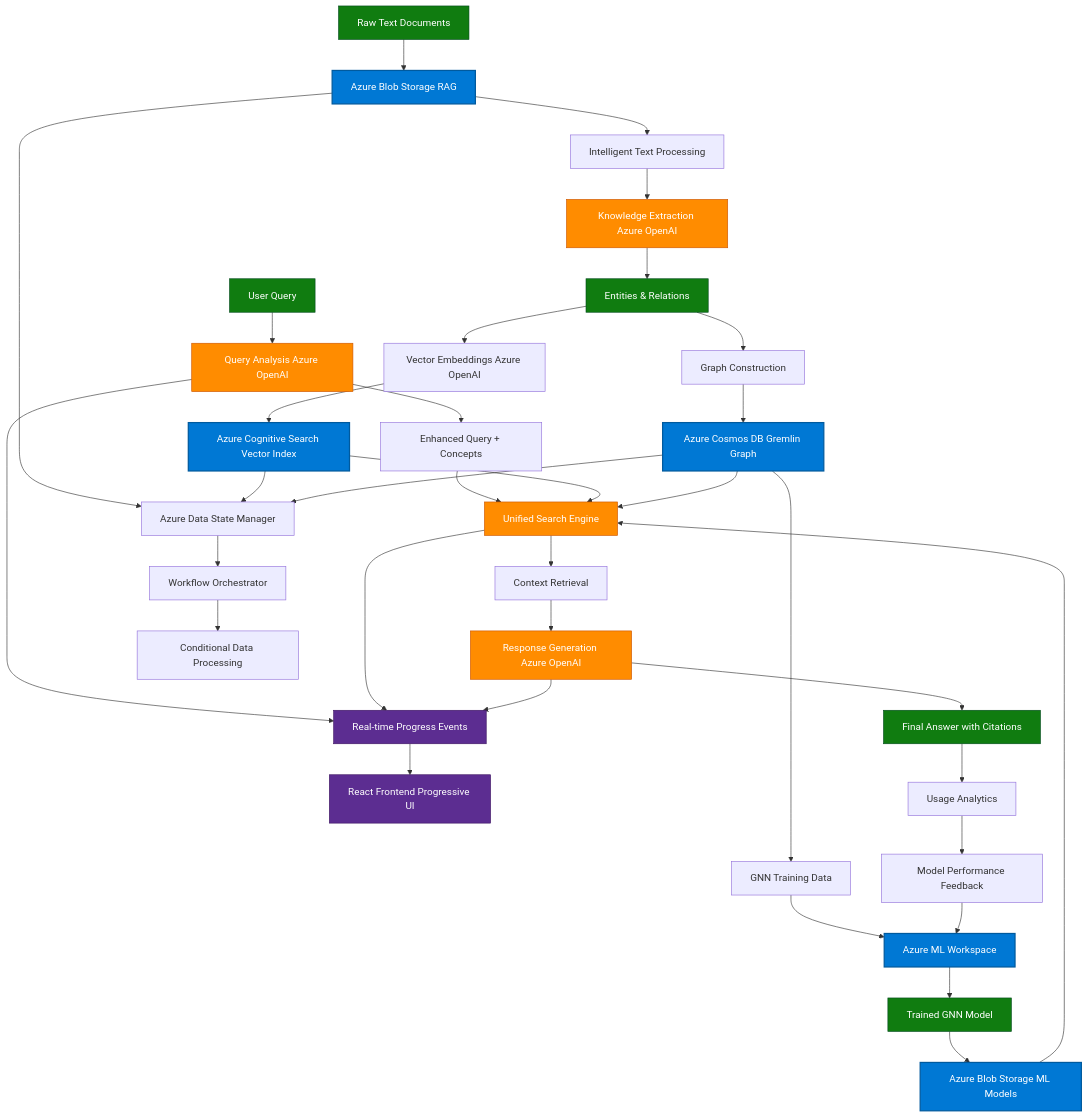
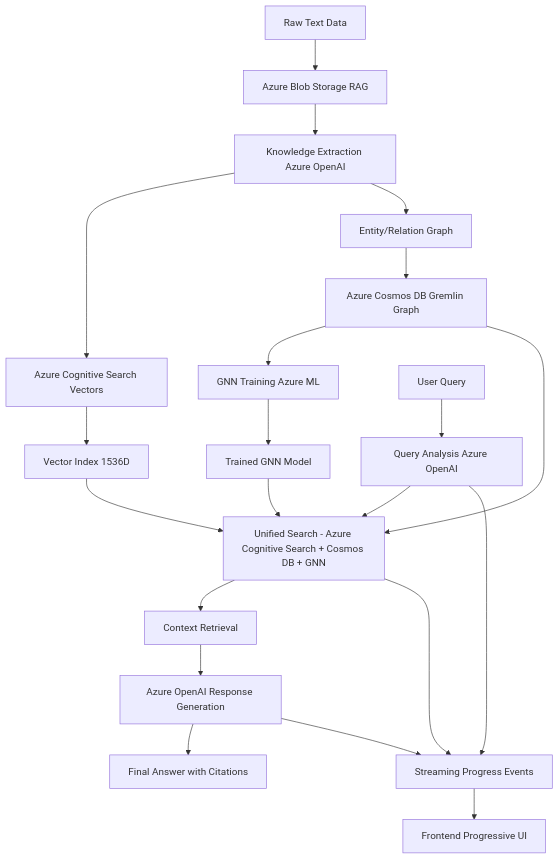
One commit to david3xu/azure-maintie-rag changed the diagram in CLAUDE.md. Above: the diagram before and after it, drawn with Mermaid. The commit also changed other lines of this file and 73 other files, not shown here.

````diff
--- a/CLAUDE.md
+++ b/CLAUDE.md
@@ -28,64 +16,25 @@
 ```mermaid
 flowchart TD
-    %% Raw Data Processing Flow (Left Side)
-    RawData[Raw Text Documents] --> BlobRAG[Azure Blob Storage RAG]
-    BlobRAG --> TextProc[Intelligent Text Processing]
-    TextProc --> Knowledge[Knowledge Extraction Azure OpenAI]
-    Knowledge --> Entities[Entities & Relations]
+    A[Raw Text Data] --> B["Azure Blob Storage RAG"]
+    B --> C[Knowledge Extraction Azure OpenAI]
+    C --> D[Azure Cognitive Search Vectors]
+    C --> E[Entity/Relation Graph]
+    D --> F[Vector Index 1536D]
+    E --> G[Azure Cosmos DB Gremlin Graph]
+    G --> H[GNN Training Azure ML]
+    H --> I[Trained GNN Model]
+    J[User Query] --> K[Query Analysis Azure OpenAI]
+    K --> L[Unified Search - Azure Cognitive Search + Cosmos DB + GNN]
+    G --> L
+    F --> L
+    I --> L
+    L --> M[Context Retrieval]
+    M --> N[Azure OpenAI Response Generation]
+    N --> O[Final Answer with Citations]
 
-    %% Vector and Graph Storage
-    Entities --> VectorEmbed[Vector Embeddings Azure OpenAI]
-    VectorEmbed --> CogSearch[Azure Cognitive Search Vector Index]
-    Entities --> GraphConstruct[Graph Construction]
-    GraphConstruct --> CosmosDB[Azure Cosmos DB Gremlin Graph]
-
-    %% GNN Training Flow
-    CosmosDB --> GNNData[GNN Training Data]
-    GNNData --> AzureML[Azure ML Workspace]
-    AzureML --> GNNModel[Trained GNN Model]
-    GNNModel --> BlobML[Azure Blob Storage ML Models]
-
-    %% User Query Flow (Right Side)
-    UserQuery[User Query] --> QueryAnalysis[Query Analysis Azure OpenAI]
-    QueryAnalysis --> QueryEnhanced[Enhanced Query + Concepts]
-
-    %% Unified Retrieval
-    QueryEnhanced --> UnifiedSearch[Unified Search Engine]
-    CogSearch --> UnifiedSearch
-    CosmosDB --> UnifiedSearch
-    BlobML --> UnifiedSearch
-
-    %% Context Assembly and Response
-    UnifiedSearch --> ContextRetrieval[Context Retrieval]
-    ContextRetrieval --> ResponseGen[Response Generation Azure OpenAI]
-    ResponseGen --> FinalAnswer[Final Answer with Citations]
-
-    %% Real-time Streaming
-    QueryAnalysis --> StreamEvents[Real-time Progress Events]
-    UnifiedSearch --> StreamEvents
-    ResponseGen --> StreamEvents
-    StreamEvents --> Frontend[React Frontend Progressive UI]
-
-    %% Bidirectional Feedback Loop
-    FinalAnswer --> Analytics[Usage Analytics]
-    Analytics --> ModelUpdate[Model Performance Feedback]
-    ModelUpdate --> AzureML
-
-    %% Data State Management
-    BlobRAG --> DataState[Azure Data State Manager]
-    CogSearch --> DataState
-    CosmosDB --> DataState
-    DataState --> WorkflowOrchestrator[Workflow Orchestrator]
-    WorkflowOrchestrator --> ConditionalProcessing[Conditional Data Processing]
-
-    %% Styling
-    classDef azureService fill:#0078d4,stroke:#005a9e,stroke-width:2px,color:white
-    classDef dataStore fill:#107c10,stroke:#004b1c,color:white
-    classDef process fill:#ff8c00,stroke:#cc5500,color:white
-    classDef userInterface fill:#5c2d91,stroke:#3c1361,color:white
-
-    class BlobRAG,CogSearch,CosmosDB,AzureML,BlobML azureService
-    class RawData,Entities,GNNModel,UserQuery,FinalAnswer dataStore
-    class Knowledge,QueryAnalysis,UnifiedSearch,ResponseGen process
-    class Frontend,StreamEvents userInterface
+    %% Real-time streaming
+    K --> P[Streaming Progress Events]
+    L --> P
+    N --> P
+    P --> Q[Frontend Progressive UI]
 ```
````
